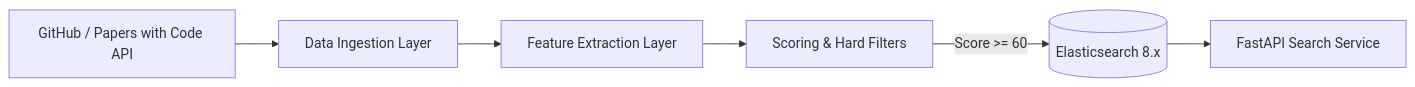
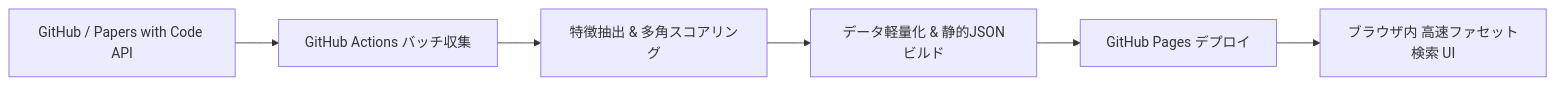
The diagram in README.md (xzyozi/ScholarRepo-Finder), drawn with Mermaid before and after one commit. The commit also changed other lines of this file and 3 other files, not shown here.

Commit message:
docs: GitHub Pages完結型アーキテクチャおよびデータ軽量化設計を基本設計書・詳細設計書・データ構造仕様書・READMEに反映

````diff
--- a/README.md
+++ b/README.md
@@ -23,8 +23,8 @@
 ```mermaid
 flowchart LR
-    A[GitHub / Papers with Code API] --> B[Data Ingestion Layer]
-    B --> C[Feature Extraction Layer]
-    C --> D[Scoring & Hard Filters]
-    D -->|Score >= 60| E[(Elasticsearch 8.x)]
-    E --> F[FastAPI Search Service]
+    A[GitHub / Papers with Code API] --> B[GitHub Actions バッチ収集]
+    B --> C[特徴抽出 & 多角スコアリング]
+    C --> D[データ軽量化 & 静的JSONビルド]
+    D --> E[GitHub Pages デプロイ]
+    E --> F[ブラウザ内 高速ファセット検索 UI]
 ```
````
